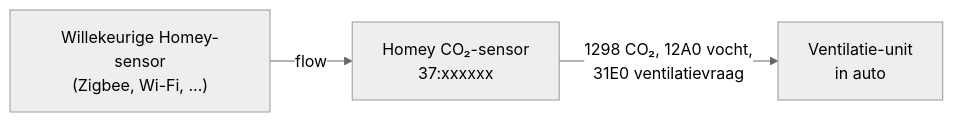
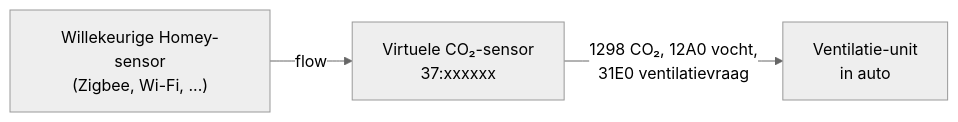
The diagram in docs/nl/homey-co2-sensor.md (starredev/homey-ramses-esp), drawn with Mermaid (neutral theme) before and after one commit. The commit also changed other lines of this file and 20 other files, not shown here.

First line of the commit message:
Ruimtesensor en virtuele CO2-sensor als duidelijkere namen

````diff
--- a/docs/nl/homey-co2-sensor.md
+++ b/docs/nl/homey-co2-sensor.md
@@ -29,5 +29,5 @@
 ```mermaid
 flowchart LR
-    Z["Willekeurige Homey-sensor<br/>(Zigbee, Wi-Fi, ...)"] -- flow --> V["Homey CO₂-sensor<br/>37:xxxxxx"]
+    Z["Willekeurige Homey-sensor<br/>(Zigbee, Wi-Fi, ...)"] -- flow --> V["Virtuele CO₂-sensor<br/>37:xxxxxx"]
     V -- "1298 CO₂, 12A0 vocht,<br/>31E0 ventilatievraag" --> U["Ventilatie-unit<br/>in auto"]
 ```
````
